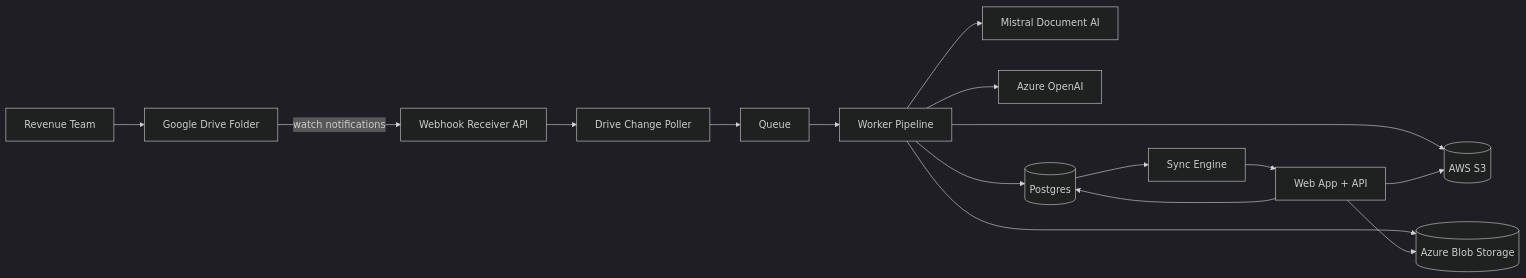
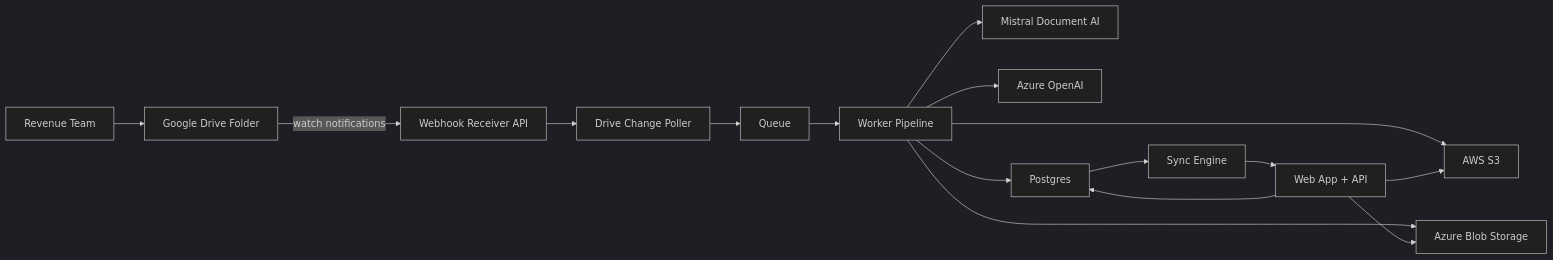
One commit to joseph-grospe/taxgenie-hackathon changed the diagram in docs/ARCHITECTURE.md. Above: the diagram before and after it, drawn with Mermaid (dark theme). The commit also changed other lines of this file and 4 other files, not shown here.

````diff
--- a/docs/ARCHITECTURE.md
+++ b/docs/ARCHITECTURE.md
@@ -22,21 +22,21 @@
 ```mermaid
 flowchart LR
     RT[Revenue Team] --> GD[Google Drive Folder]
     GD -->|watch notifications| WH[Webhook Receiver API]
     WH --> CK[Drive Change Poller]
     CK --> Q[Queue]
 
     Q --> WK[Worker Pipeline]
     WK --> OCR[Mistral Document AI]
     WK --> LLM[Azure OpenAI]
 
-    WK --> DB[(Postgres)]
-    WK --> S3[(AWS S3)]
-    WK --> AZ[(Azure Blob Storage)]
+    WK --> DB[Postgres]
+    WK --> S3[AWS S3]
+    WK --> AZ[Azure Blob Storage]
 
     APP[Web App + API] --> DB
     APP --> S3
     APP --> AZ
     DB --> SY[Sync Engine]
     SY --> APP
 ```
````
